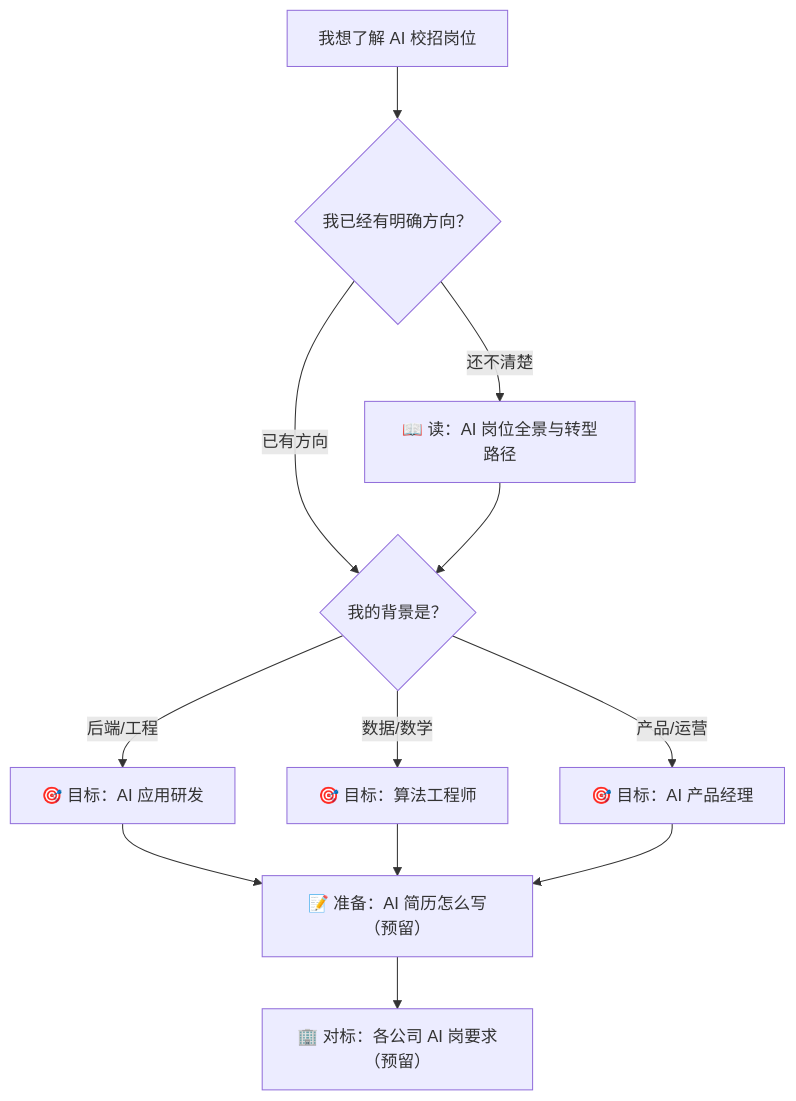
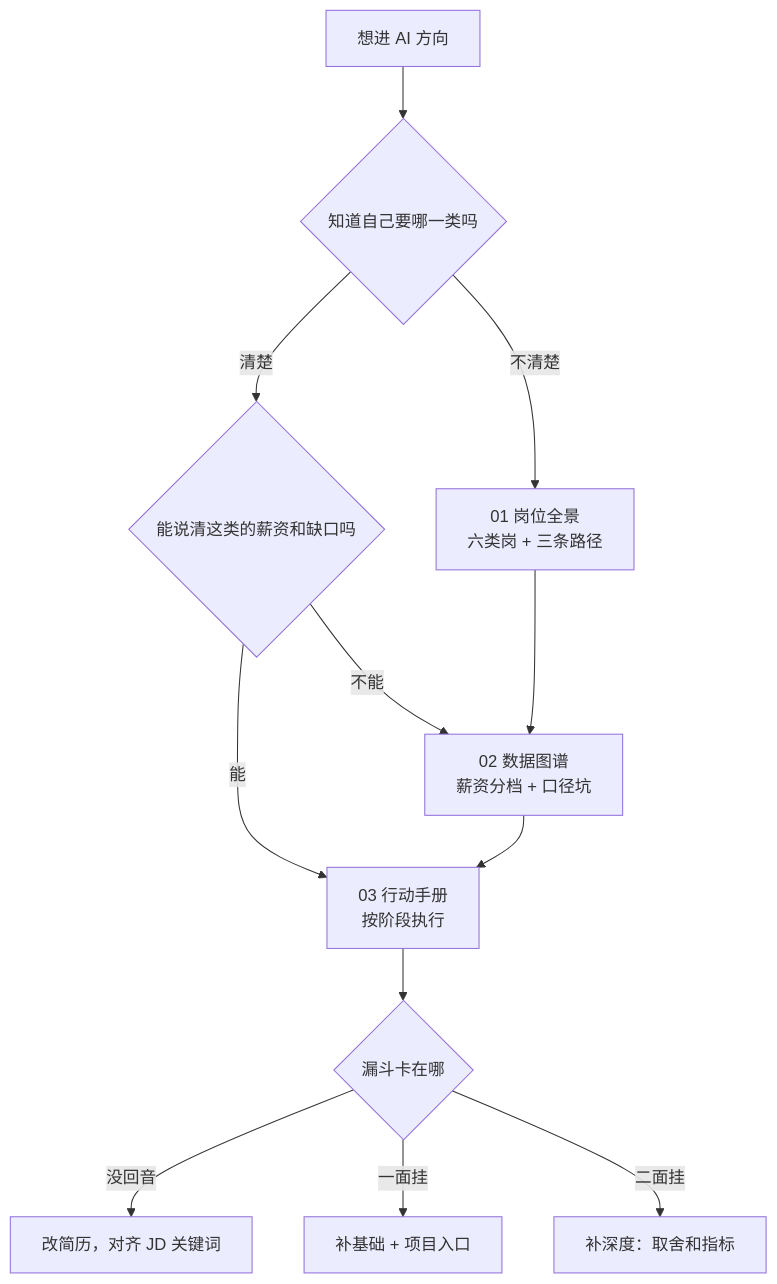
Before and after one commit to wuyoueeee/CS-Job-Guide: the diagram in docs/AI求职/README.md, drawn with Mermaid. The commit also changed other lines of this file and 18 other files, not shown here.

First line of the commit message:
docs: AI 求职专题补数据、图表与操作清单，并新增「用 AI 求职」总纲

````diff
--- a/docs/AI求职/README.md
+++ b/docs/AI求职/README.md
@@ -25,14 +31,13 @@
 ```mermaid
 flowchart TD
-    A["我想了解 AI 校招岗位"] --> B{"我已经有明确方向？"}
-    B -->|"还不清楚"| C["📖 读：AI 岗位全景与转型路径"]
-    B -->|"已有方向"| D{"我的背景是？"}
-    C --> D
-    D -->|"后端/工程"| E["🎯 目标：AI 应用研发"]
-    D -->|"数据/数学"| F["🎯 目标：算法工程师"]
-    D -->|"产品/运营"| G["🎯 目标：AI 产品经理"]
-    E --> H["📝 准备：AI 简历怎么写（预留）"]
-    F --> H
-    G --> H
-    H --> I["🏢 对标：各公司 AI 岗要求（预留）"]
+    A["想进 AI 方向"] --> B{"知道自己要哪一类吗"}
+    B -->|"不清楚"| C["01 岗位全景<br/>六类岗 + 三条路径"]
+    B -->|"清楚"| D{"能说清这类的薪资和缺口吗"}
+    D -->|"不能"| E["02 数据图谱<br/>薪资分档 + 口径坑"]
+    D -->|"能"| F["03 行动手册<br/>按阶段执行"]
+    C --> E --> F
+    F --> G{"漏斗卡在哪"}
+    G -->|"没回音"| H["改简历，对齐 JD 关键词"]
+    G -->|"一面挂"| I["补基础 + 项目入口"]
+    G -->|"二面挂"| J["补深度：取舍和指标"]
 ```
````
